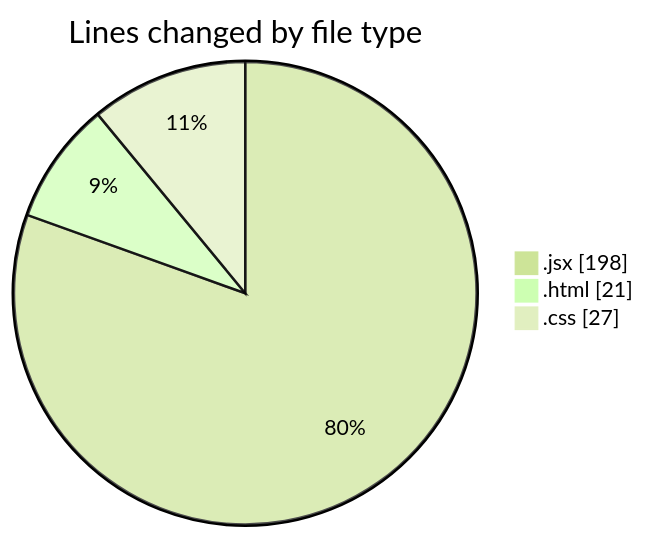
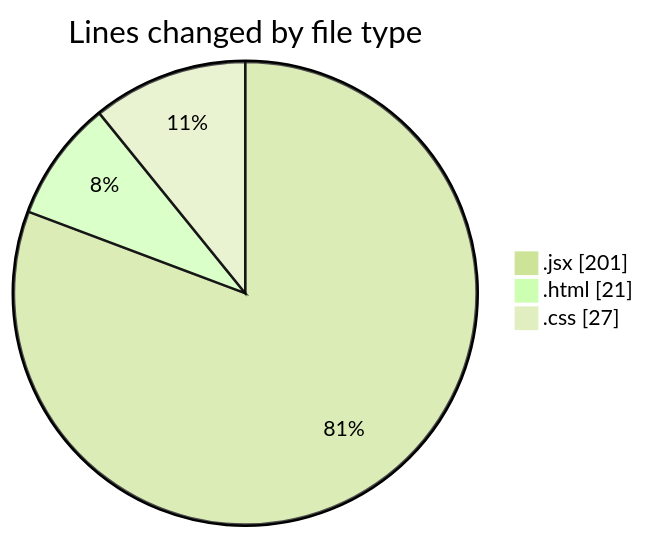
One commit to Elitesun/code-tracking changed the first of 2 diagrams in 2025-02-13/elitegpt/README.md. Above: the diagram before and after it, drawn with Mermaid (forest theme). The commit also changed other lines of this file and 1 other file, not shown here.

````diff
--- a/2025-02-13/elitegpt/README.md
+++ b/2025-02-13/elitegpt/README.md
@@ -26,7 +26,7 @@
 ```mermaid
 pie showData
 title Lines changed by file type
-".jsx" : 198
+".jsx" : 201
 ".html" : 21
 ".css" : 27
 ```
````
